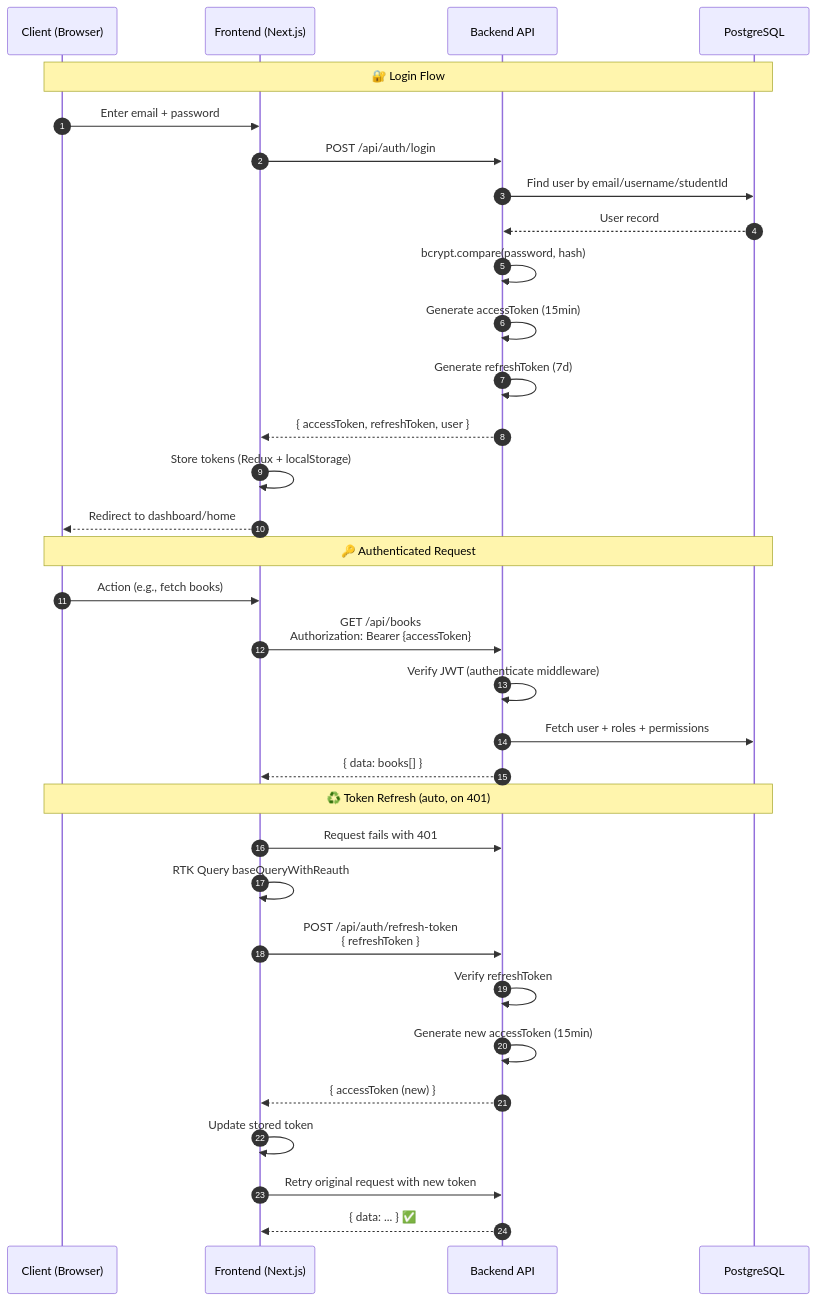
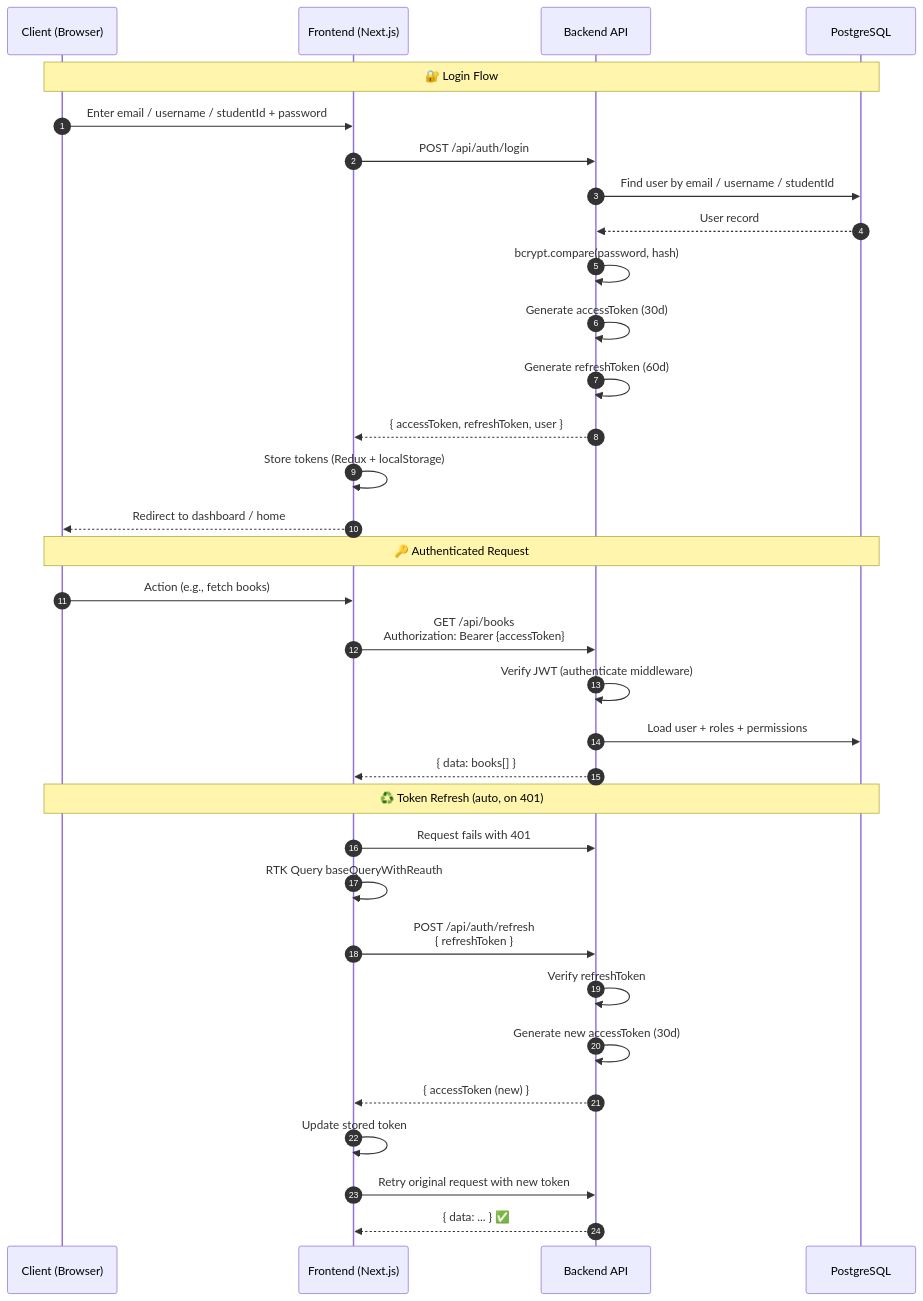
Before and after one commit to E-Library-Norton/elibrary-backend: the fourth of 19 diagrams in DIAGRAM.md, drawn with Mermaid. The commit also changed other lines of this file and 7 other files, not shown here.

````diff
--- a/DIAGRAM.md
+++ b/DIAGRAM.md
@@ -315,38 +375,38 @@
 ```mermaid
 sequenceDiagram
     autonumber
     participant C as Client (Browser)
     participant F as Frontend (Next.js)
     participant A as Backend API
     participant DB as PostgreSQL
 
     Note over C,DB: 🔐 Login Flow
-    C->>F: Enter email + password
+    C->>F: Enter email / username / studentId + password
     F->>A: POST /api/auth/login
-    A->>DB: Find user by email/username/studentId
+    A->>DB: Find user by email / username / studentId
     DB-->>A: User record
     A->>A: bcrypt.compare(password, hash)
-    A->>A: Generate accessToken (15min)
-    A->>A: Generate refreshToken (7d)
+    A->>A: Generate accessToken (30d)
+    A->>A: Generate refreshToken (60d)
     A-->>F: { accessToken, refreshToken, user }
     F->>F: Store tokens (Redux + localStorage)
-    F-->>C: Redirect to dashboard/home
+    F-->>C: Redirect to dashboard / home
 
     Note over C,DB: 🔑 Authenticated Request
     C->>F: Action (e.g., fetch books)
     F->>A: GET /api/books<br/>Authorization: Bearer {accessToken}
     A->>A: Verify JWT (authenticate middleware)
-    A->>DB: Fetch user + roles + permissions
+    A->>DB: Load user + roles + permissions
     A-->>F: { data: books[] }
 
     Note over C,DB: ♻️ Token Refresh (auto, on 401)
     F->>A: Request fails with 401
     F->>F: RTK Query baseQueryWithReauth
-    F->>A: POST /api/auth/refresh-token<br/>{ refreshToken }
+    F->>A: POST /api/auth/refresh<br/>{ refreshToken }
     A->>A: Verify refreshToken
-    A->>A: Generate new accessToken (15min)
+    A->>A: Generate new accessToken (30d)
     A-->>F: { accessToken (new) }
     F->>F: Update stored token
     F->>A: Retry original request with new token
     A-->>F: { data: ... } ✅
 ```
````
